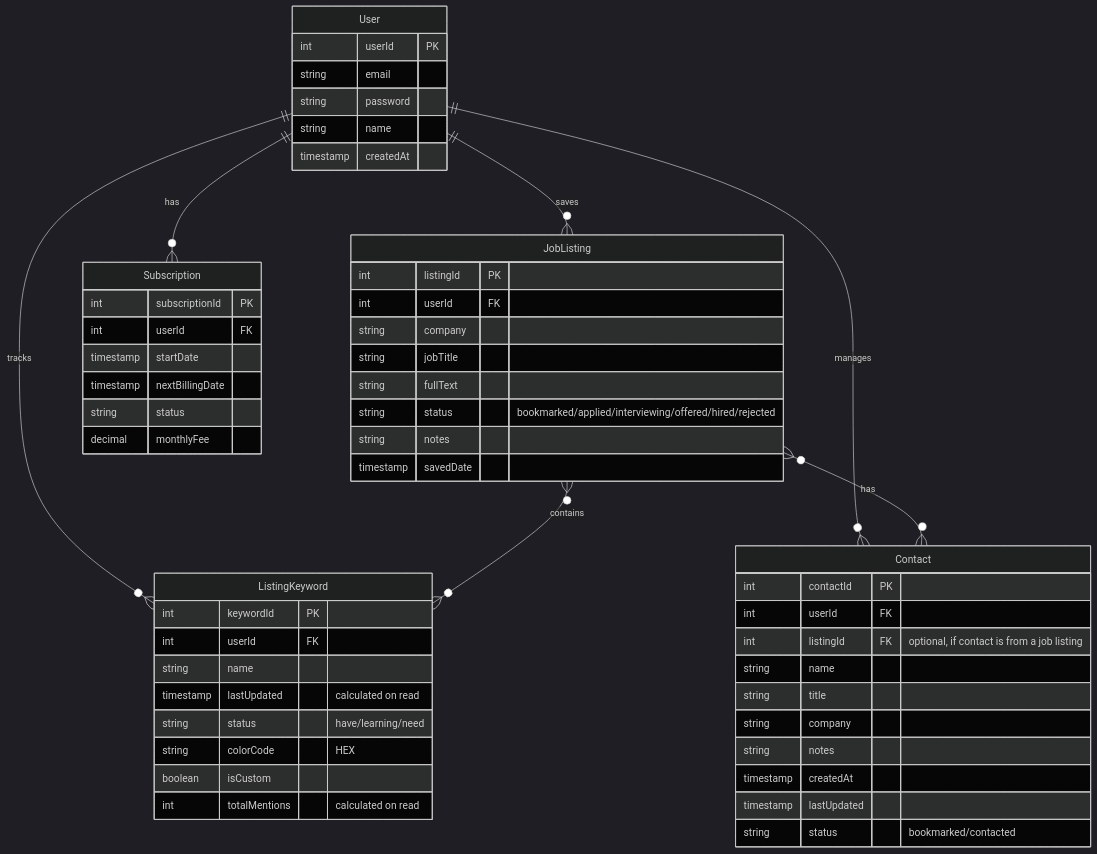
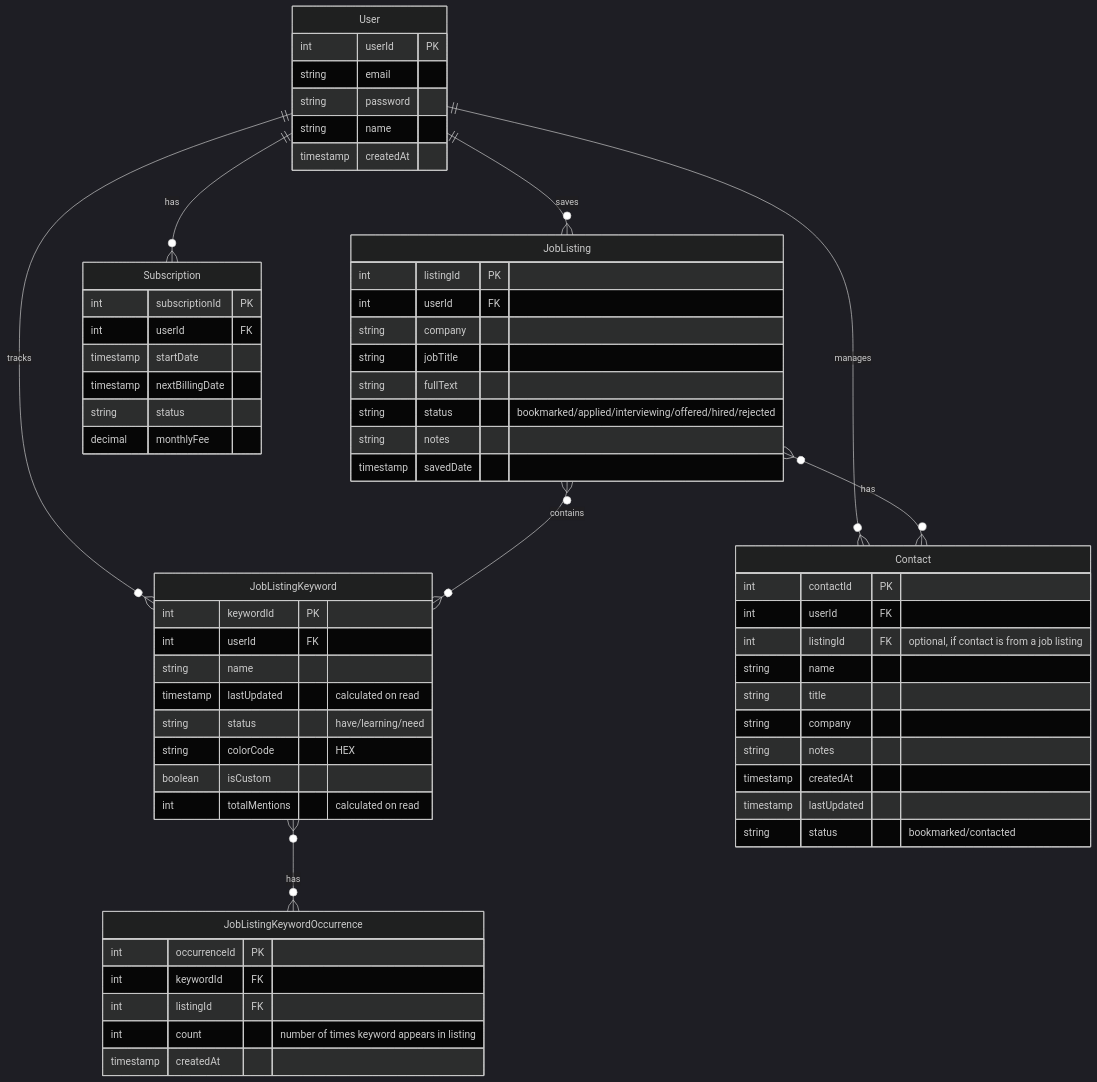
Before and after one commit to lmcrean/hoverboard-react: the diagram in docs/docs/diagrams/ERD.md, drawn with Mermaid.

Commit message:
fix(docs): update ERD to correct JobListingKeyword relationships
- Rename ListingKeyword to JobListingKeyword in ERD.md to accurately reflect the relationship between User, JobListing, and keywords.
- Introduce JobListingKeywordOccurrence entity to track keyword occurrences in job listings.
- These changes enhance the clarity and accuracy of the data model documentation.

````diff
--- a/docs/docs/diagrams/ERD.md
+++ b/docs/docs/diagrams/ERD.md
@@ -3,62 +3,71 @@
 ```mermaid
 %%{init: {'theme': 'dark', 'themeVariables': { 'primaryTextColor': '#ffffff', 'primaryColor': '#ffffff', 'noteBkgColor': '#2b2b2b', 'noteTextColor': '#ffffff' }}}%%
 erDiagram
     User ||--o{ JobListing : saves
-    User ||--o{ ListingKeyword : tracks
+    User ||--o{ JobListingKeyword : tracks
     User ||--o{ Subscription : has
     User ||--o{ Contact : manages
-    JobListing }o--o{ ListingKeyword : contains
+    JobListing }o--o{ JobListingKeyword : contains
     JobListing }o--o{ Contact : has
+    JobListingKeyword }o--o{ JobListingKeywordOccurrence : has
     
     User {
         int userId PK
         string email
         string password
         string name
         timestamp createdAt
     }
     
     Subscription {
         int subscriptionId PK
         int userId FK
         timestamp startDate
         timestamp nextBillingDate
         string status
         decimal monthlyFee
     }
     
     JobListing {
         int listingId PK
         int userId FK
         string company
         string jobTitle
         string fullText
         string status "bookmarked/applied/interviewing/offered/hired/rejected"
         string notes
         timestamp savedDate
     }
     
-    ListingKeyword {
+    JobListingKeyword {
         int keywordId PK
         int userId FK
         string name
         timestamp lastUpdated "calculated on read"
         string status "have/learning/need"
         string colorCode "HEX"
         boolean isCustom
         int totalMentions "calculated on read"
+    }
+
+    JobListingKeywordOccurrence {
+        int occurrenceId PK
+        int keywordId FK
+        int listingId FK
+        int count "number of times keyword appears in listing"
+        timestamp createdAt
     }
 
     Contact {
         int contactId PK
         int userId FK
         int listingId FK "optional, if contact is from a job listing"
         string name
         string title
         string company
         string notes
         timestamp createdAt
         timestamp lastUpdated
         string status "bookmarked/contacted"
     }
 ```
````
